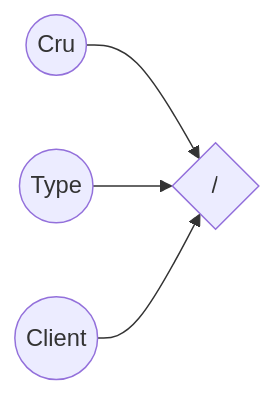
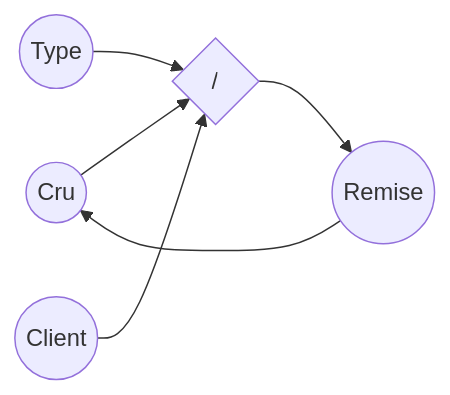
One commit to LifelongNovember/Cours changed the fourth of 4 diagrams in Bases de données II.md. Above: the diagram before and after it, drawn with Mermaid. The commit also changed other lines of this file, not shown here.

````diff
--- a/Bases de données II.md
+++ b/Bases de données II.md
@@ -273,7 +272,8 @@
 ```mermaid
 graph LR
 A((Cru)) --> B{/}
 C((Type)) --> B
 D((Client)) --> B
- 
+B --> E((Remise))
+E --> A 
 ```
````
